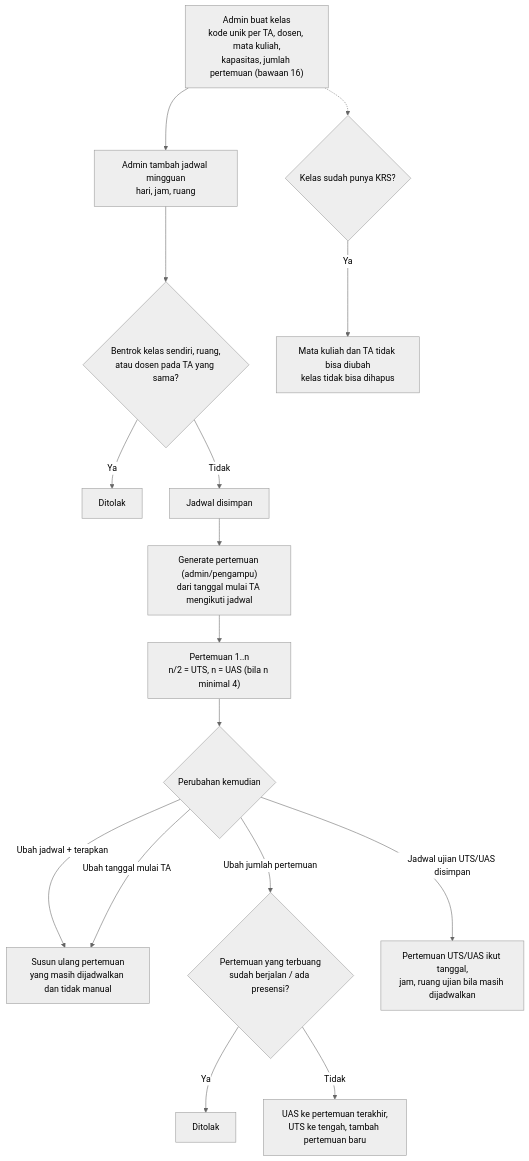
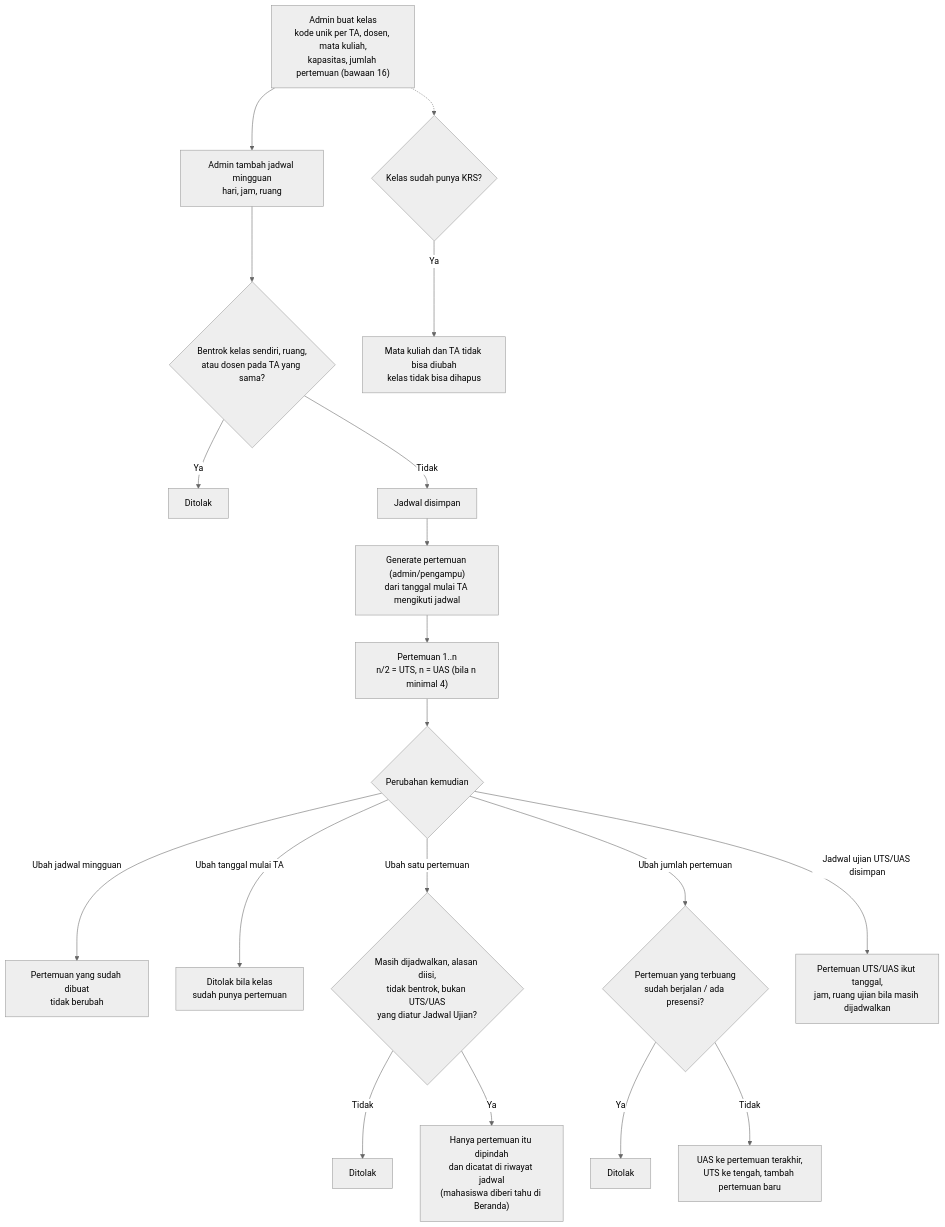
One commit to Velocity-Developer/sia-vd changed the eighth of 27 diagrams in docs/system-flowchart.md. Above: the diagram before and after it, drawn with Mermaid (neutral theme). The commit also changed other lines of this file and 2 other files, not shown here.

Commit message:
docs: pertemuan dijadwal ulang per pertemuan, PD-7 selesai

````diff
--- a/docs/system-flowchart.md
+++ b/docs/system-flowchart.md
@@ -268,18 +268,21 @@
 ```mermaid
 flowchart TD
     A["Admin buat kelas<br/>kode unik per TA, dosen, mata kuliah,<br/>kapasitas, jumlah pertemuan (bawaan 16)"] --> B["Admin tambah jadwal mingguan<br/>hari, jam, ruang"]
     B --> C{"Bentrok kelas sendiri, ruang,<br/>atau dosen pada TA yang sama?"}
     C -- Ya --> C1["Ditolak"]
     C -- Tidak --> D["Jadwal disimpan"]
     D --> E["Generate pertemuan (admin/pengampu)<br/>dari tanggal mulai TA mengikuti jadwal"]
     E --> F["Pertemuan 1..n<br/>n/2 = UTS, n = UAS (bila n minimal 4)"]
     F --> G{"Perubahan kemudian"}
-    G -- "Ubah jadwal + terapkan" --> H["Susun ulang pertemuan<br/>yang masih dijadwalkan dan tidak manual"]
-    G -- "Ubah tanggal mulai TA" --> H
+    G -- "Ubah jadwal mingguan" --> H0["Pertemuan yang sudah dibuat<br/>tidak berubah"]
+    G -- "Ubah tanggal mulai TA" --> H1["Ditolak bila kelas<br/>sudah punya pertemuan"]
+    G -- "Ubah satu pertemuan" --> H{"Masih dijadwalkan, alasan diisi,<br/>tidak bentrok, bukan UTS/UAS<br/>yang diatur Jadwal Ujian?"}
+    H -- Tidak --> H2["Ditolak"]
+    H -- Ya --> H3["Hanya pertemuan itu dipindah<br/>dan dicatat di riwayat jadwal<br/>(mahasiswa diberi tahu di Beranda)"]
     G -- "Ubah jumlah pertemuan" --> I{"Pertemuan yang terbuang<br/>sudah berjalan / ada presensi?"}
     I -- Ya --> I1["Ditolak"]
     I -- Tidak --> I2["UAS ke pertemuan terakhir,<br/>UTS ke tengah, tambah pertemuan baru"]
     G -- "Jadwal ujian UTS/UAS disimpan" --> J["Pertemuan UTS/UAS ikut tanggal,<br/>jam, ruang ujian bila masih dijadwalkan"]
     A -.-> K{"Kelas sudah punya KRS?"}
     K -- Ya --> K1["Mata kuliah dan TA tidak bisa diubah<br/>kelas tidak bisa dihapus"]
 ```
````
